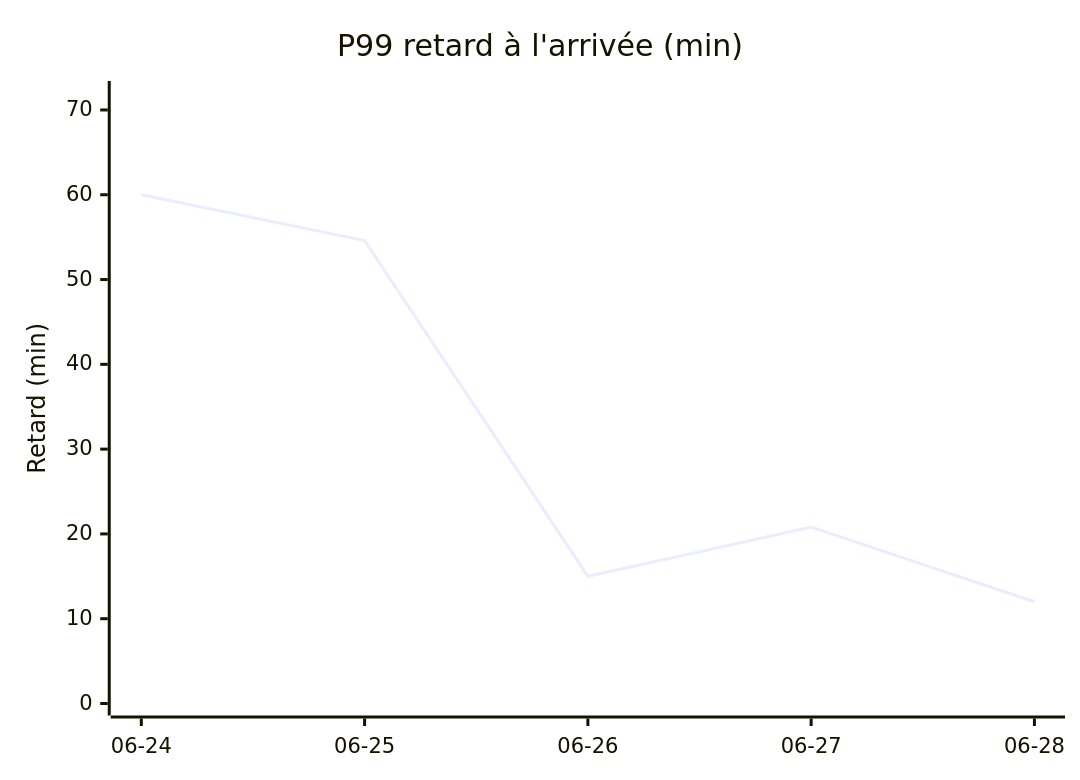
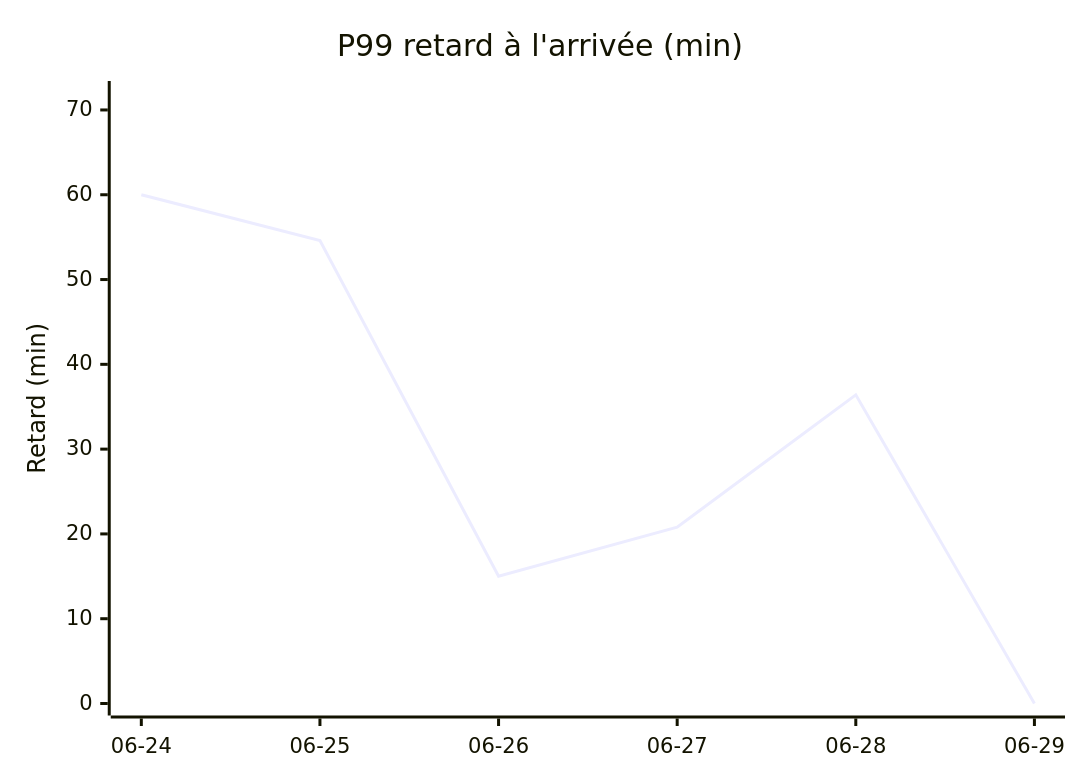
Before and after one commit to antoinerep/horaire-ter: the second of 4 diagrams in STATS.md, drawn with Mermaid. The commit also changed other lines of this file and 1 other file, not shown here.

````diff
--- a/STATS.md
+++ b/STATS.md
@@ -39,7 +39,7 @@
 ```mermaid
 xychart-beta
     title "P99 retard à l'arrivée (min)"
-    x-axis ["06-24", "06-25", "06-26", "06-27", "06-28"]
+    x-axis ["06-24", "06-25", "06-26", "06-27", "06-28", "06-29"]
     y-axis "Retard (min)" 0 --> 72
-    line [60.0, 54.6, 15.0, 20.8, 12.0]
+    line [60.0, 54.6, 15.0, 20.8, 36.4, 0.0]
 ```
````
